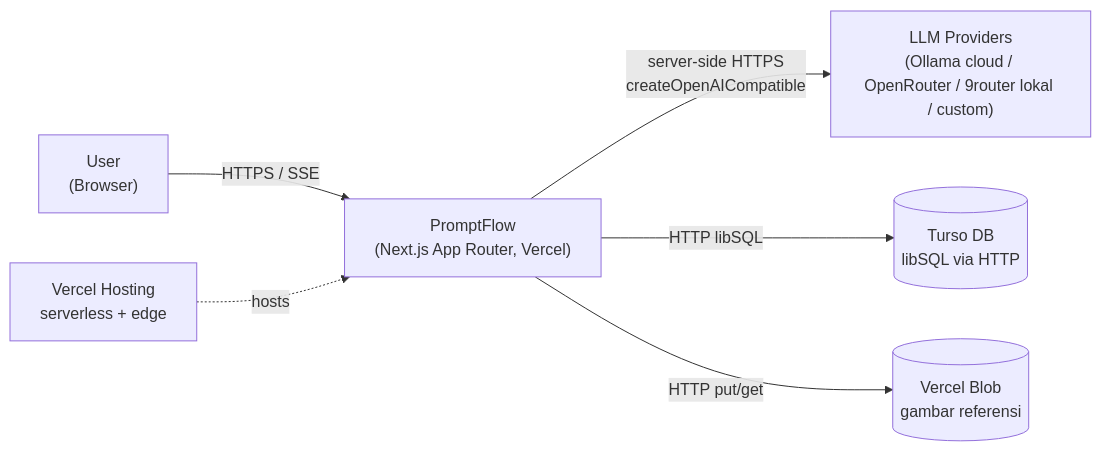
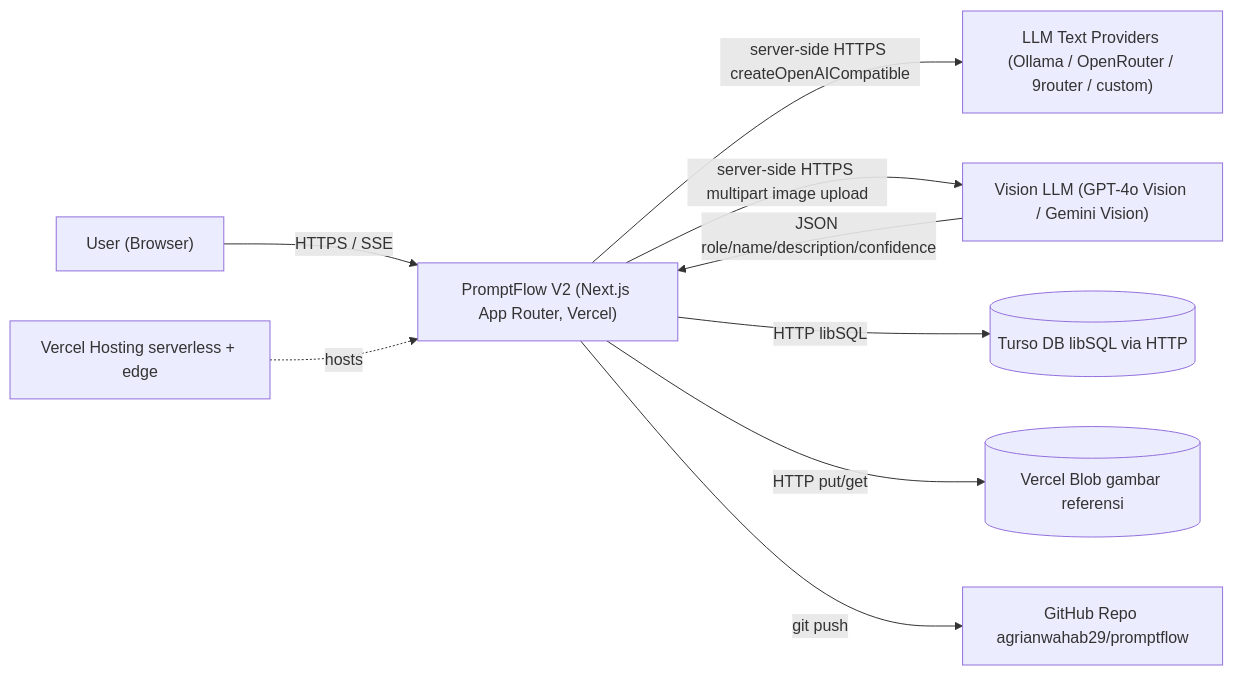
One commit to agrianwahab29/agrinode-promptflow changed the first of 7 diagrams in product-docs/PROJECT_ARCHITECTURE.md. Above: the diagram before and after it, drawn with Mermaid. The commit also changed other lines of this file and 80 other files, not shown here.

First line of the commit message:
feat(v2): upgrade PromptFlow V1 to V2 - 8 features

````diff
--- a/product-docs/PROJECT_ARCHITECTURE.md
+++ b/product-docs/PROJECT_ARCHITECTURE.md
@@ -78,15 +74,20 @@
 ```mermaid
 flowchart LR
-    User["User<br/>(Browser)"]
-    PF["PromptFlow<br/>(Next.js App Router, Vercel)"]
-    LLM["LLM Providers<br/>(Ollama cloud / OpenRouter / 9router lokal / custom)"]
-    Turso[("Turso DB<br/>libSQL via HTTP")]
-    Blob[("Vercel Blob<br/>gambar referensi")]
-    Vercel["Vercel Hosting<br/>serverless + edge"]
+    User["User (Browser)"]
+    PF["PromptFlow V2 (Next.js App Router, Vercel)"]
+    LLM["LLM Text Providers (Ollama / OpenRouter / 9router / custom)"]
+    Vision["Vision LLM (GPT-4o Vision / Gemini Vision)"]
+    Turso[("Turso DB libSQL via HTTP")]
+    Blob[("Vercel Blob gambar referensi")]
+    GH["GitHub Repo agrianwahab29/promptflow"]
+    Vercel["Vercel Hosting serverless + edge"]
 
     User -->|HTTPS / SSE| PF
-    PF -->|server-side HTTPS<br/>createOpenAICompatible| LLM
+    PF -->|server-side HTTPS createOpenAICompatible| LLM
+    PF -->|server-side HTTPS multipart image upload| Vision
+    Vision -->|JSON role/name/description/confidence| PF
     PF -->|HTTP libSQL| Turso
     PF -->|HTTP put/get| Blob
+    PF -->|git push| GH
     Vercel -.->|hosts| PF
 ```
````
